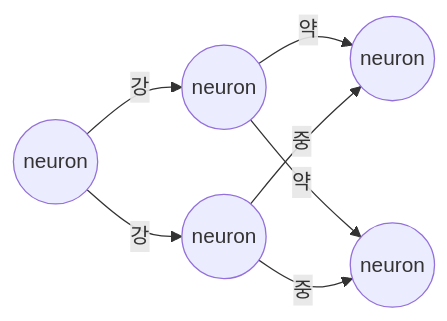
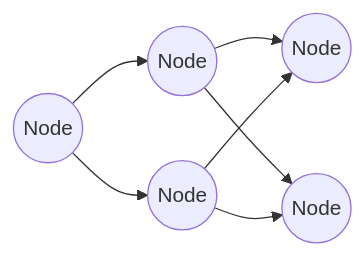
One commit to EumMericano-Study/TIL changed the diagram in AI/인공 신경망.md. Above: the diagram before and after it, drawn with Mermaid. The commit also changed other lines of this file, not shown here.

Commit message:
AI/인공 신경망.md updated from https://stackedit.io/

````diff
--- a/AI/인공 신경망.md
+++ b/AI/인공 신경망.md
@@ -36,9 +62,9 @@
 ```mermaid
 graph LR
-A((neuron)) -- 강 --> B((neuron))
-A -- 강--> C((neuron))
-B -- 약 --> D((neuron))
-B -- 약--> E
-C -- 중 --> D
-C -- 중 --> E((neuron))
+A((Node)) --> B((Node))
+A --> C((Node))
+B  --> D((Node))
+B --> E
+C  --> D
+C  --> E((Node))
 ```
````
